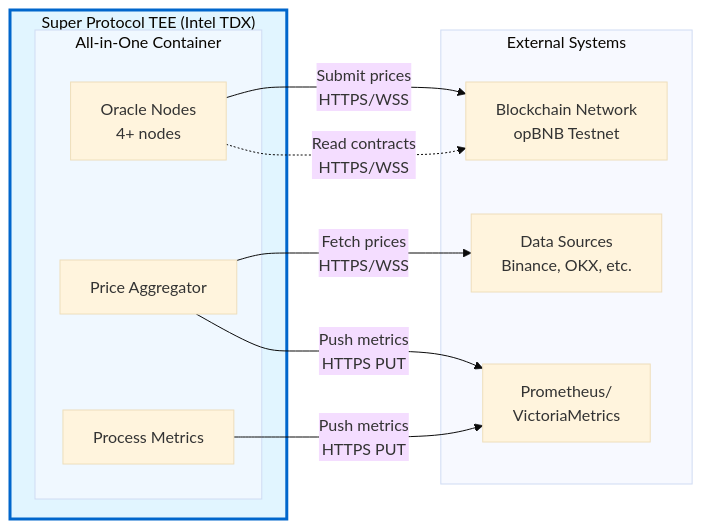
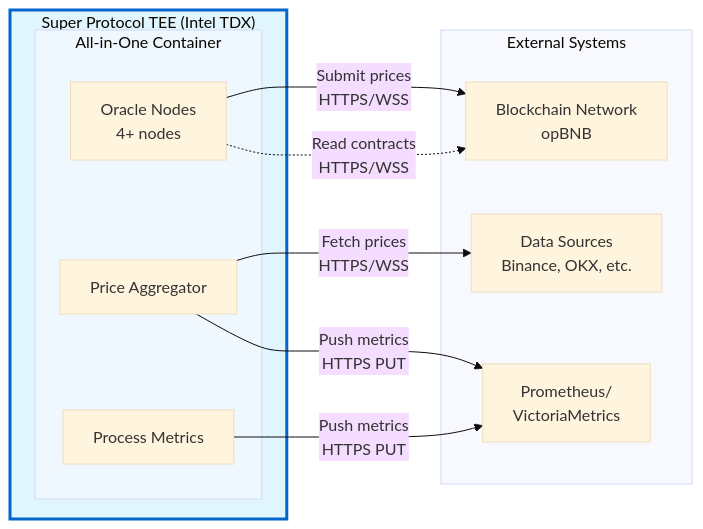
One commit to Super-Protocol/chainlink changed the diagram in docs/charts/07-external-network.mmd. Above: the diagram before and after it, drawn with Mermaid (base theme). The commit also changed 1 other file, not shown here.

Commit message:
docs(architecture): update opBNB references to use mainnet endpoints
Replaced `opBNB Testnet` with `opBNB` and updated RPC URLs in architecture documentation and external network diagram to reflect mainnet endpoints.

```diff
--- a/docs/charts/07-external-network.mmd
+++ b/docs/charts/07-external-network.mmd
@@ -1,25 +1,25 @@
 graph LR
     subgraph TEE["Super Protocol TEE (Intel TDX)"]
         subgraph Container["All-in-One Container"]
             ON[Oracle Nodes<br/>4+ nodes]
             PA[Price Aggregator]
             PM[Process Metrics]
         end
     end
 
     subgraph External["External Systems"]
-        BC[Blockchain Network<br/>opBNB Testnet]
+        BC[Blockchain Network<br/>opBNB]
         DS[Data Sources<br/>Binance, OKX, etc.]
         PROM[Prometheus/<br/>VictoriaMetrics]
     end
 
     ON -->|Submit prices<br/>HTTPS/WSS| BC
     ON -.->|Read contracts<br/>HTTPS/WSS| BC
 
     PA -->|Fetch prices<br/>HTTPS/WSS| DS
 
     PA -->|Push metrics<br/>HTTPS PUT| PROM
     PM -->|Push metrics<br/>HTTPS PUT| PROM
 
     style TEE fill:#e1f5ff,stroke:#0066cc,stroke-width:3px
     style Container fill:#f0f8ff
```
